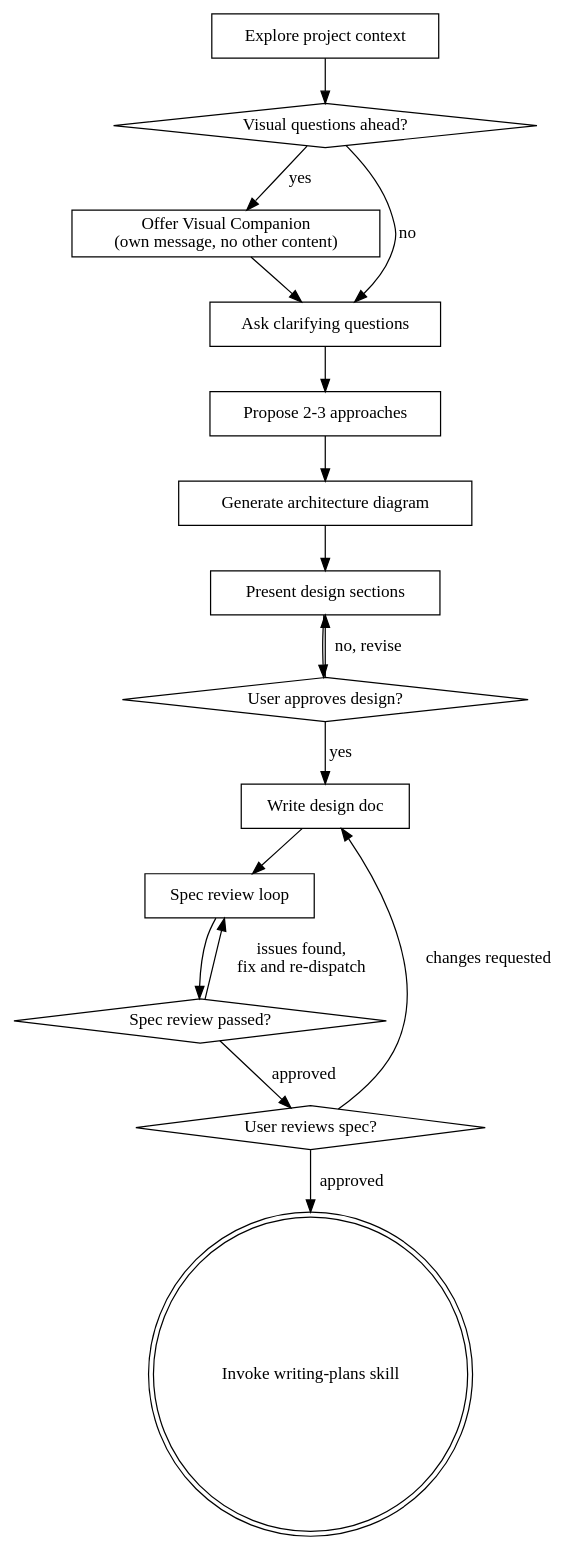
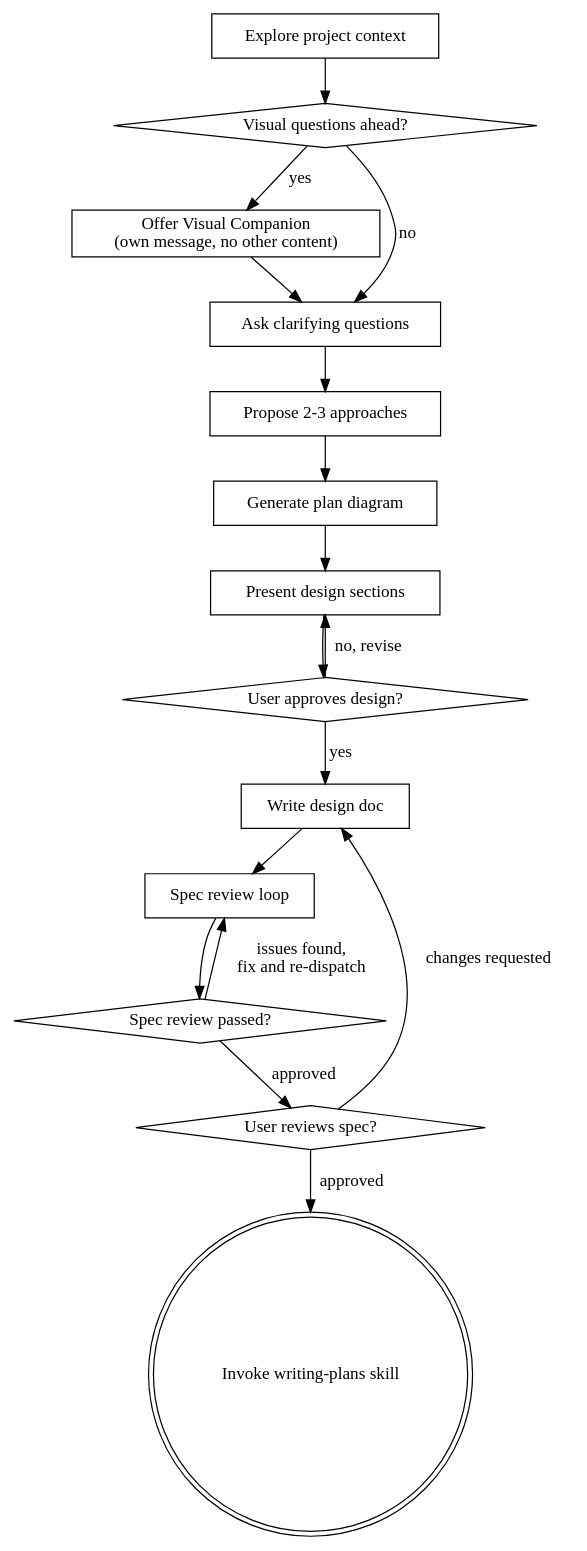
The diagram in opencode/superpowers/skills/brainstorming/SKILL.md (rryando/SPOC), drawn with Graphviz before and after one commit. The commit also changed other lines of this file and 5 other files, not shown here.

````diff
--- a/opencode/superpowers/skills/brainstorming/SKILL.md
+++ b/opencode/superpowers/skills/brainstorming/SKILL.md
@@ -37,34 +37,34 @@
 ```dot
 digraph brainstorming {
     "Explore project context" [shape=box];
     "Visual questions ahead?" [shape=diamond];
     "Offer Visual Companion\n(own message, no other content)" [shape=box];
     "Ask clarifying questions" [shape=box];
     "Propose 2-3 approaches" [shape=box];
     "Present design sections" [shape=box];
     "User approves design?" [shape=diamond];
     "Write design doc" [shape=box];
     "Spec review loop" [shape=box];
     "Spec review passed?" [shape=diamond];
     "User reviews spec?" [shape=diamond];
     "Invoke writing-plans skill" [shape=doublecircle];
 
     "Explore project context" -> "Visual questions ahead?";
     "Visual questions ahead?" -> "Offer Visual Companion\n(own message, no other content)" [label="yes"];
     "Visual questions ahead?" -> "Ask clarifying questions" [label="no"];
     "Offer Visual Companion\n(own message, no other content)" -> "Ask clarifying questions";
     "Ask clarifying questions" -> "Propose 2-3 approaches";
-    "Generate architecture diagram" [shape=box];
-    "Propose 2-3 approaches" -> "Generate architecture diagram";
-    "Generate architecture diagram" -> "Present design sections";
+    "Generate plan diagram" [shape=box];
+    "Propose 2-3 approaches" -> "Generate plan diagram";
+    "Generate plan diagram" -> "Present design sections";
     "Present design sections" -> "User approves design?";
     "User approves design?" -> "Present design sections" [label="no, revise"];
     "User approves design?" -> "Write design doc" [label="yes"];
     "Write design doc" -> "Spec review loop";
     "Spec review loop" -> "Spec review passed?";
     "Spec review passed?" -> "Spec review loop" [label="issues found,\nfix and re-dispatch"];
     "Spec review passed?" -> "User reviews spec?" [label="approved"];
     "User reviews spec?" -> "Write design doc" [label="changes requested"];
     "User reviews spec?" -> "Invoke writing-plans skill" [label="approved"];
 }
 ```
````
